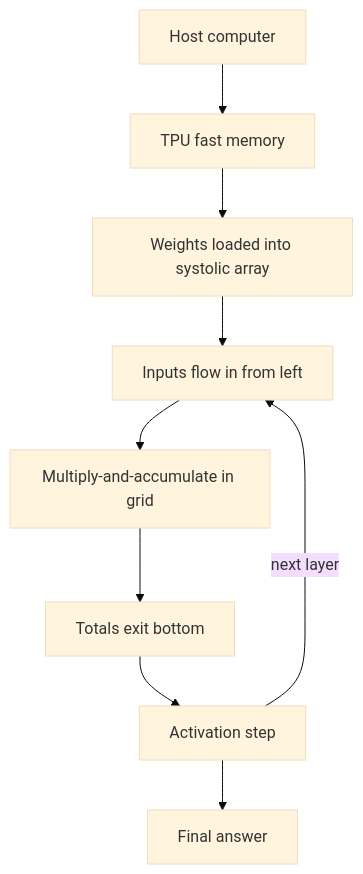
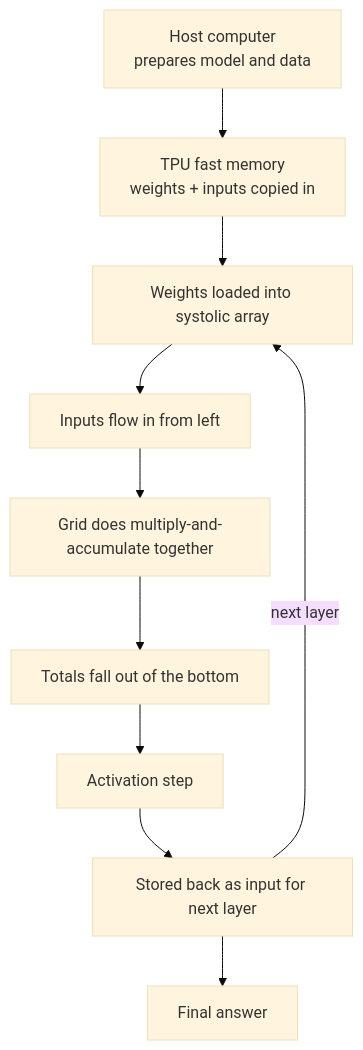
Before and after one commit to kaisarnajar/outcome-school-blogs: the first of 2 diagrams in notes/step-16-ai-infrastructure-deployment-and-system-design/183-how-does-a-google-tpu-work.md, drawn with Mermaid (base theme). The commit also changed other lines of this file and 233 other files, not shown here.

````diff
--- a/notes/step-16-ai-infrastructure-deployment-and-system-design/183-how-does-a-google-tpu-work.md
+++ b/notes/step-16-ai-infrastructure-deployment-and-system-design/183-how-does-a-google-tpu-work.md
@@ -43,11 +57,12 @@
 ```mermaid
 flowchart TD
-    A["Host computer"] --> B["TPU fast memory"]
-    B --> C["Weights loaded into systolic array"]
-    C --> D["Inputs flow in from left"]
-    D --> E["Multiply-and-accumulate in grid"]
-    E --> F["Totals exit bottom"]
-    F --> G["Activation step"]
-    G -->|"next layer"| D
-    G --> H["Final answer"]
+    H["Host computer<br/>prepares model and data"] --> M["TPU fast memory<br/>weights + inputs copied in"]
+    M --> W["Weights loaded into systolic array"]
+    W --> I["Inputs flow in from left"]
+    I --> MAC["Grid does multiply-and-accumulate together"]
+    MAC --> O["Totals fall out of the bottom"]
+    O --> A["Activation step"]
+    A --> S["Stored back as input for next layer"]
+    S -->|"next layer"| W
+    S --> F["Final answer"]
 ```
````
